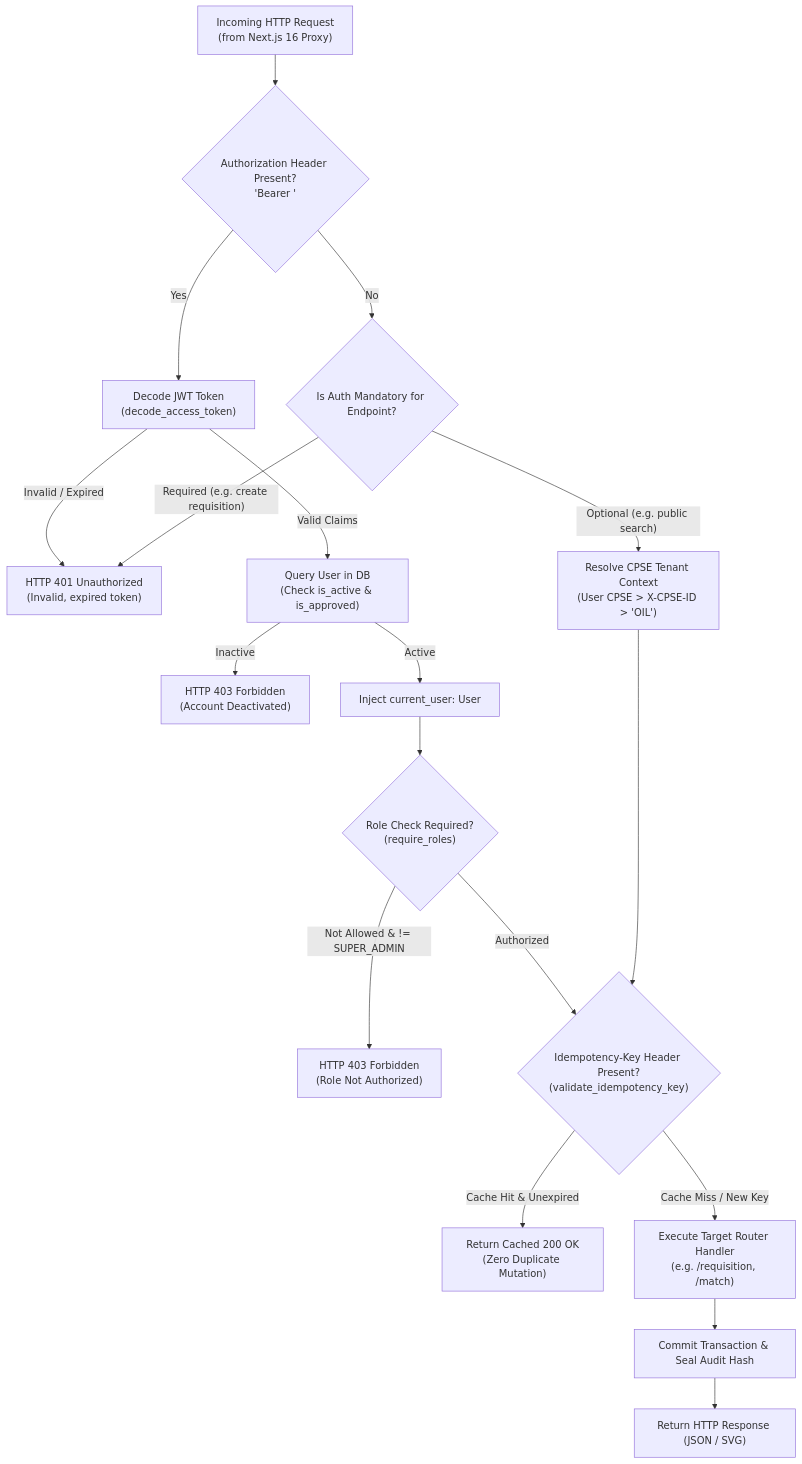
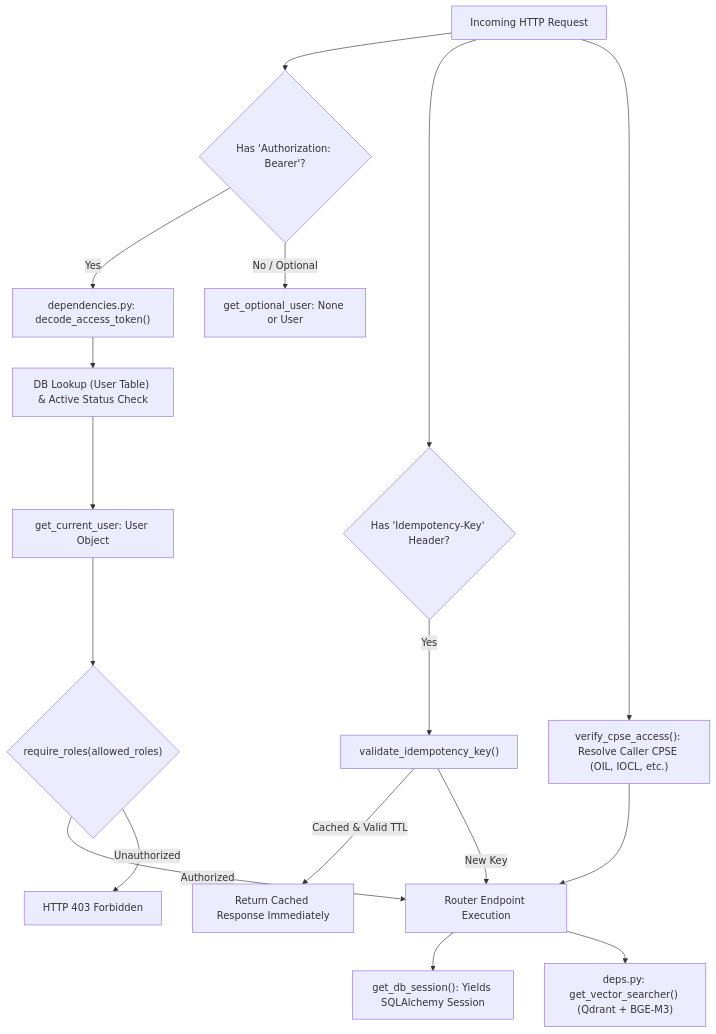
Before and after one commit to Gesicht436/Samanvay-AI: the diagram in backend/app/api/README.md, drawn with Mermaid. The commit also changed other lines of this file and 25 other files, not shown here.

````diff
--- a/backend/app/api/README.md
+++ b/backend/app/api/README.md
@@ -13,28 +9,25 @@
 ```mermaid
 flowchart TD
-    Req["Incoming HTTP Request<br/>(from Next.js 16 Proxy)"] --> CheckAuth{"Authorization Header Present?<br/>'Bearer <JWT>'"}
+    Req["Incoming HTTP Request"] --> SecurityCheck{"Has 'Authorization: Bearer'?"}
 
-    CheckAuth -- Yes --> DecodeToken["Decode JWT Token<br/>(decode_access_token)"]
-    CheckAuth -- No --> CheckOptional{"Is Auth Mandatory for Endpoint?"}
+    SecurityCheck -->|Yes| TokenDecode["dependencies.py: decode_access_token()"]
+    TokenDecode --> UserVerify["DB Lookup (User Table) & Active Status Check"]
+    UserVerify --> CurrentUser["get_current_user: User Object"]
 
-    DecodeToken -- Invalid / Expired --> Err401["HTTP 401 Unauthorized<br/>(Invalid, expired token)"]
-    DecodeToken -- Valid Claims --> QueryUser["Query User in DB<br/>(Check is_active & is_approved)"]
+    SecurityCheck -->|No / Optional| OptUser["get_optional_user: None or User"]
 
-    QueryUser -- Inactive --> Err403["HTTP 403 Forbidden<br/>(Account Deactivated)"]
-    QueryUser -- Active --> SetUser["Inject current_user: User"]
+    CurrentUser --> RoleGate{"require_roles(allowed_roles)"}
+    RoleGate -->|Authorized| Handler["Router Endpoint Execution"]
+    RoleGate -->|Unauthorized| Deny["HTTP 403 Forbidden"]
 
-    CheckOptional -- Optional (e.g. public search) --> ResolveTenant["Resolve CPSE Tenant Context<br/>(User CPSE > X-CPSE-ID > 'OIL')"]
-    CheckOptional -- Required (e.g. create requisition) --> Err401
+    Req --> IdempCheck{"Has 'Idempotency-Key' Header?"}
+    IdempCheck -->|Yes| IdempVal["validate_idempotency_key()"]
+    IdempVal -->|Cached & Valid TTL| CacheReturn["Return Cached Response Immediately"]
+    IdempVal -->|New Key| Handler
 
-    SetUser --> RoleGuard{"Role Check Required?<br/>(require_roles)"}
-    RoleGuard -- Not Allowed & != SUPER_ADMIN --> ErrRole403["HTTP 403 Forbidden<br/>(Role Not Authorized)"]
-    RoleGuard -- Authorized --> IdemCheck{"Idempotency-Key Header Present?<br/>(validate_idempotency_key)"}
+    Req --> CPSECheck["verify_cpse_access(): Resolve Caller CPSE (OIL, IOCL, etc.)"]
+    CPSECheck --> Handler
 
-    ResolveTenant --> IdemCheck
-
-    IdemCheck -- Cache Hit & Unexpired --> ReturnCache["Return Cached 200 OK<br/>(Zero Duplicate Mutation)"]
-    IdemCheck -- Cache Miss / New Key --> RouteHandler["Execute Target Router Handler<br/>(e.g. /requisition, /match)"]
-
-    RouteHandler --> DBCommit["Commit Transaction & Seal Audit Hash"]
-    DBCommit --> Resp["Return HTTP Response (JSON / SVG)"]
+    Handler --> DBSession["get_db_session(): Yields SQLAlchemy Session"]
+    Handler --> VectorSearch["deps.py: get_vector_searcher() (Qdrant + BGE-M3)"]
 ```
````
